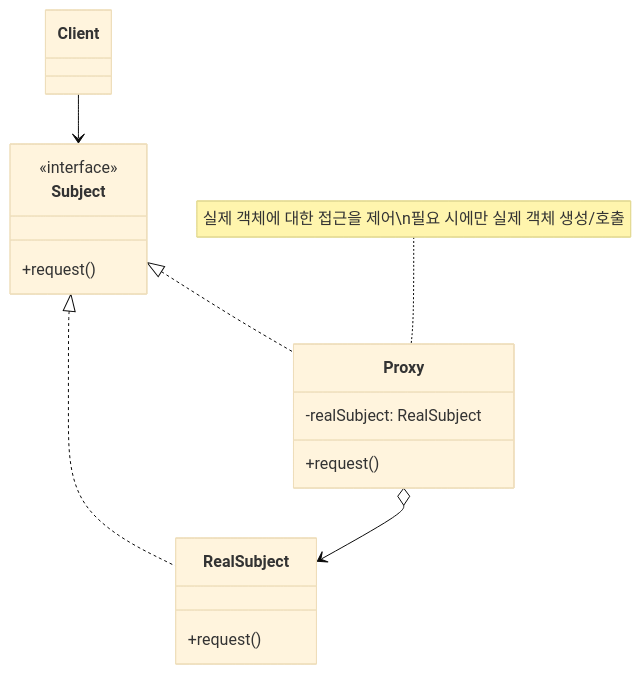
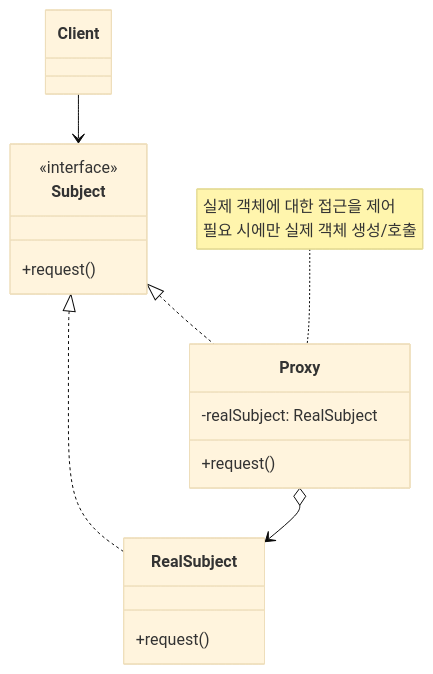
Before and after one commit to jjjjjunhyung/Roadmap: diagram 12 of 12 in Challenge/Design Pattern.md, drawn with Mermaid (base theme). The commit also changed other lines of this file, not shown here.

````diff
--- a/Challenge/Design Pattern.md
+++ b/Challenge/Design Pattern.md
@@ -470,26 +470,26 @@
 ``` mermaid
 classDiagram
     class Client {
     }
     
     class Subject {
         <<interface>>
         +request()
     }
     
     class RealSubject {
         +request()
     }
     
     class Proxy {
         -realSubject: RealSubject
         +request()
     }
     
     Client --> Subject
     Subject <|.. RealSubject
     Subject <|.. Proxy
     Proxy o--> RealSubject
     
-    note for Proxy "실제 객체에 대한 접근을 제어\n필요 시에만 실제 객체 생성/호출"
+    note for Proxy "실제 객체에 대한 접근을 제어<br>필요 시에만 실제 객체 생성/호출"
 ```
````
